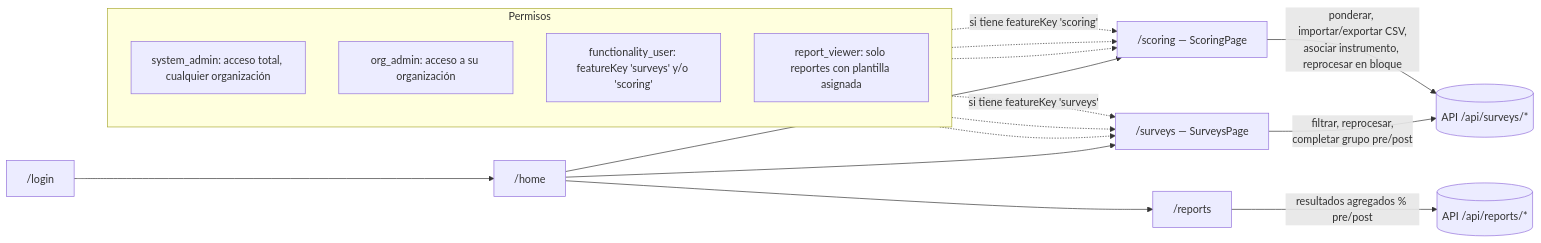
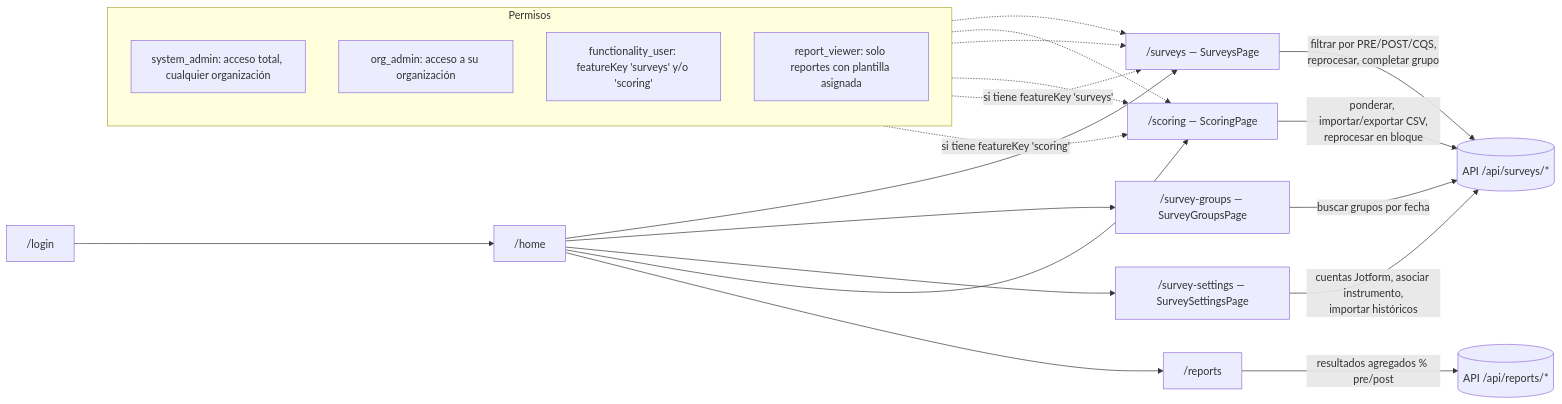
The seventh of 8 diagrams in docs/evaluaciones-flujo.md (Gustav0AB/epi-web), drawn with Mermaid before and after one commit. The commit also changed other lines of this file and 9 other files, not shown here.

````diff
--- a/docs/evaluaciones-flujo.md
+++ b/docs/evaluaciones-flujo.md
@@ -311,26 +315,30 @@
 ```mermaid
 flowchart LR
     Login["/login"] --> Home["/home"]
     Home --> Surveys["/surveys — SurveysPage"]
+    Home --> Groups["/survey-groups — SurveyGroupsPage"]
+    Home --> Settings["/survey-settings — SurveySettingsPage"]
     Home --> Scoring["/scoring — ScoringPage"]
     Home --> Reports["/reports"]
 
-    Surveys -->|"filtrar, reprocesar,<br/>completar grupo pre/post"| APIsurveys[("API /api/surveys/*")]
-    Scoring -->|"ponderar, importar/exportar CSV,<br/>asociar instrumento, reprocesar en bloque"| APIsurveys
+    Surveys -->|"filtrar por PRE/POST/CQS,<br/>reprocesar, completar grupo"| APIsurveys[("API /api/surveys/*")]
+    Groups -->|"buscar grupos por fecha"| APIsurveys
+    Settings -->|"cuentas Jotform, asociar instrumento,<br/>importar históricos"| APIsurveys
+    Scoring -->|"ponderar, importar/exportar CSV,<br/>reprocesar en bloque"| APIsurveys
     Reports -->|"resultados agregados % pre/post"| APIreports[("API /api/reports/*")]
 
     subgraph Permisos
         direction TB
         SA["system_admin: acceso total, cualquier organización"]
         OA["org_admin: acceso a su organización"]
         FU["functionality_user: featureKey 'surveys' y/o 'scoring'"]
         RV["report_viewer: solo reportes con plantilla asignada"]
     end
 
     SA -.-> Surveys
     SA -.-> Scoring
     OA -.-> Surveys
     OA -.-> Scoring
     FU -.->|"si tiene featureKey 'surveys'"| Surveys
     FU -.->|"si tiene featureKey 'scoring'"| Scoring
 ```
````
